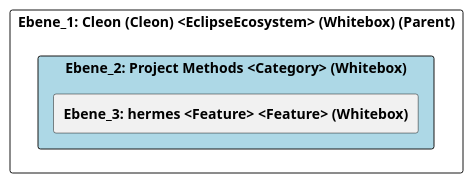
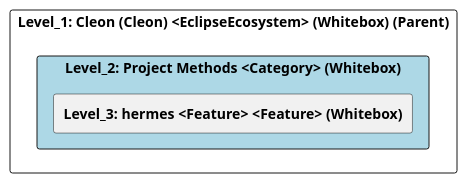
Before and after one commit to marcozwyssig/cleon: the diagram in doc/cleonproject_deliverables_architecture_model_architecture/adoc/de/05_bausteinsicht/cleon/project_methods/ebene_2_project methods.adoc, drawn with PlantUML. The commit also changed other lines of this file and 83 other files, not shown here.

```diff
--- a/doc/cleonproject_deliverables_architecture_model_architecture/adoc/de/05_bausteinsicht/cleon/project_methods/ebene_2_project methods.adoc
+++ b/doc/cleonproject_deliverables_architecture_model_architecture/adoc/de/05_bausteinsicht/cleon/project_methods/ebene_2_project methods.adoc
@@ -21,24 +21,24 @@
-[plantuml, Ebene_2: Project Methods <Category> (Whitebox)BlockOverview, format="svg"]
+[plantuml, Level_2: Project Methods <Category> (Whitebox)BlockOverview, format="svg"]
 ----
-@startuml Ebene_2: Project Methods <Category> (Whitebox)BuildingBlockOverview
+@startuml Level_2: Project Methods <Category> (Whitebox)BuildingBlockOverview
 
 skinparam ranksep 10
 skinparam componentStyle rectangle
 skinparam shadowing false
 skinparam arrowColor lightblue
 skinparam arrowThickness 1.2
 skinparam rectangle {
   BackgroundColor White
   BorderColor #333
   RoundCorner 10
 }
 top to bottom direction
 
-component "Ebene_1: Cleon (Cleon) <EclipseEcosystem> (Whitebox) (Parent)" {
-    component "Ebene_2: Project Methods <Category> (Whitebox)" #lightblue {
-        [**Ebene_3: hermes <Feature> <Feature> (Whitebox)**] as 4905A652_D579_11EE_903E_9F564E4DE07E
+component "Level_1: Cleon (Cleon) <EclipseEcosystem> (Whitebox) (Parent)" {
+    component "Level_2: Project Methods <Category> (Whitebox)" #lightblue {
+        [**Level_3: hermes <Feature> <Feature> (Whitebox)**] as 4905A652_D579_11EE_903E_9F564E4DE07E
     }
 }
 
 @enduml
 ----
```
